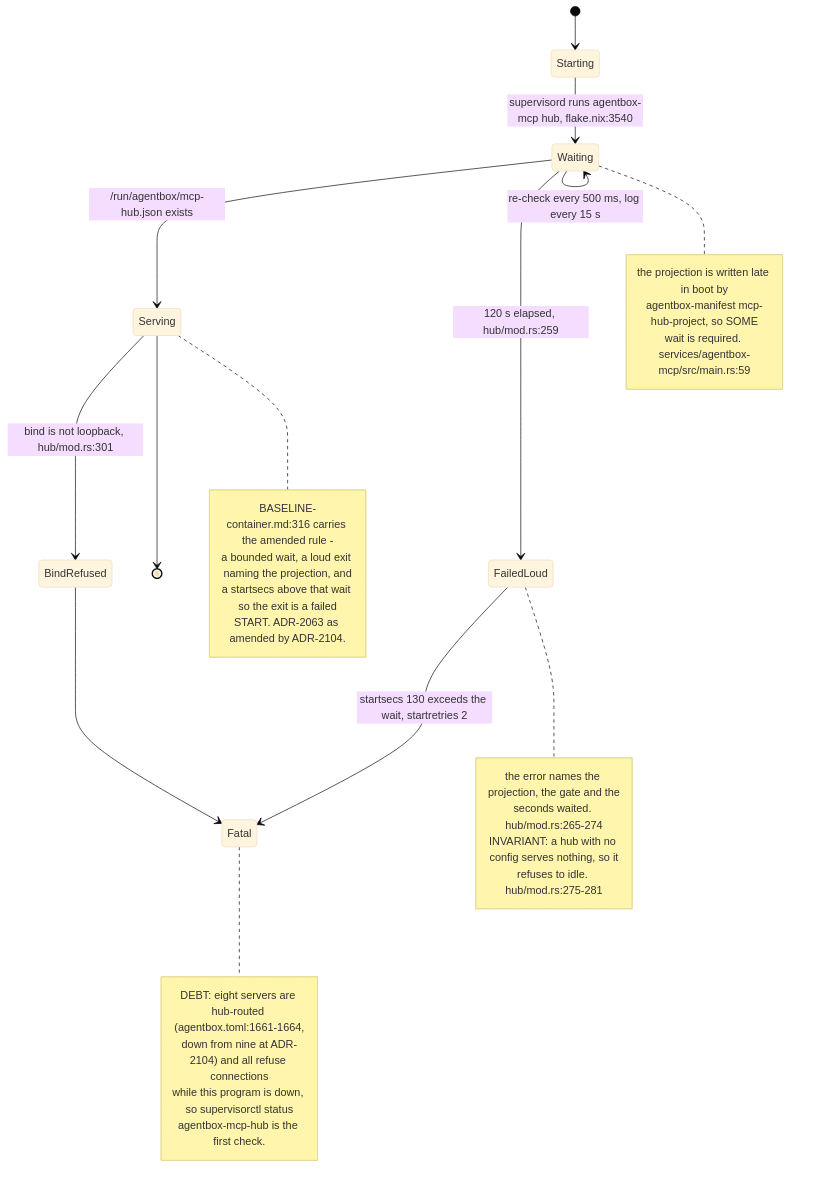
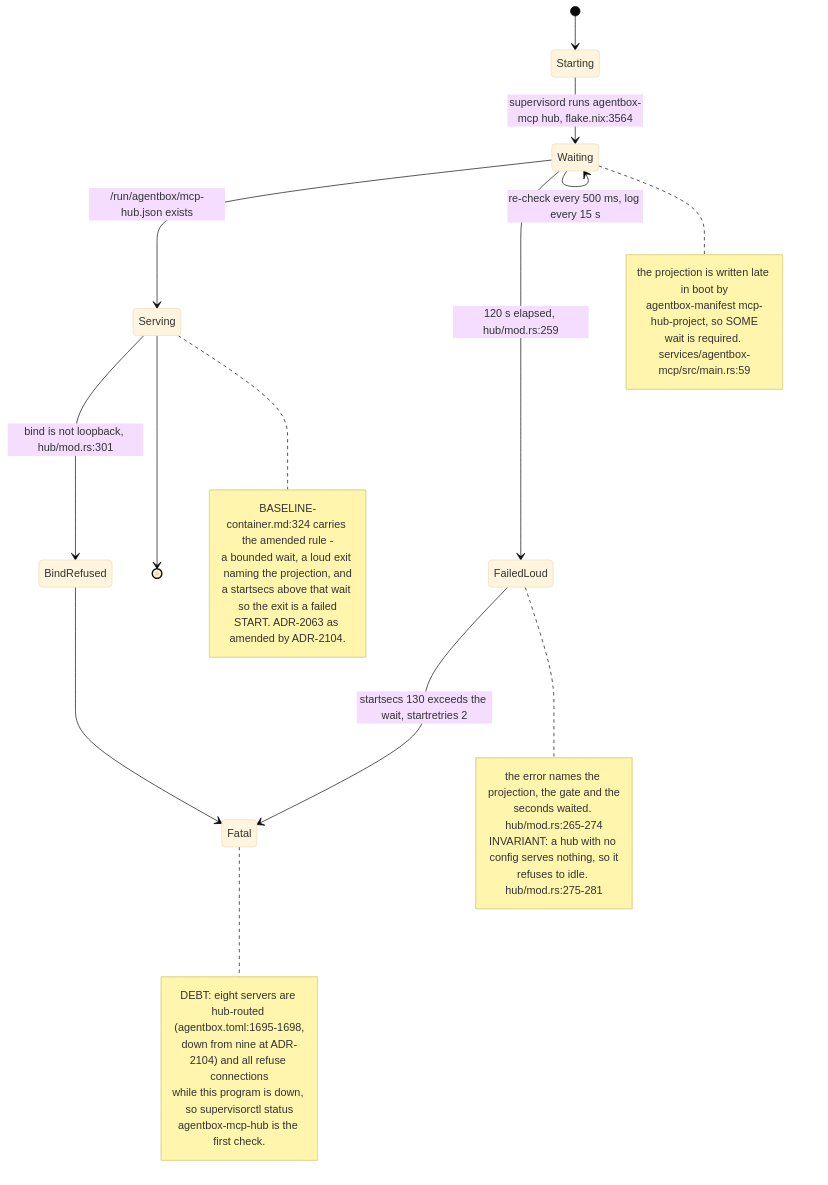
One commit to DreamLab-AI/VisionFlow changed the seventh of 7 diagrams in docs/diagrams/agentbox/09-mcp-servers-catalogue.md. Above: the diagram before and after it, drawn with Mermaid (base theme). The commit also changed other lines of this file and 7 other files, not shown here.

First line of the commit message:
diagrams(agentbox): re-verify AB-09..AB-16 at agentbox 59b1aca, re-stamp

````diff
--- a/docs/diagrams/agentbox/09-mcp-servers-catalogue.md
+++ b/docs/diagrams/agentbox/09-mcp-servers-catalogue.md
@@ -224,35 +224,35 @@
 ```mermaid
 stateDiagram-v2
     [*] --> Starting
-    Starting --> Waiting : supervisord runs agentbox-mcp hub, flake.nix:3540
+    Starting --> Waiting : supervisord runs agentbox-mcp hub, flake.nix:3564
     Waiting --> Serving : /run/agentbox/mcp-hub.json exists
     Waiting --> Waiting : re-check every 500 ms, log every 15 s
     Waiting --> FailedLoud : 120 s elapsed, hub/mod.rs:259
     Serving --> BindRefused : bind is not loopback, hub/mod.rs:301
     FailedLoud --> Fatal : startsecs 130 exceeds the wait, startretries 2
     BindRefused --> Fatal
     Serving --> [*]
     note right of Waiting
         the projection is written late in boot by
         agentbox-manifest mcp-hub-project, so SOME
         wait is required. services/agentbox-mcp/src/main.rs:59
     end note
     note right of FailedLoud
         the error names the projection, the gate and the
         seconds waited. hub/mod.rs:265-274
         INVARIANT: a hub with no config serves nothing, so it
         refuses to idle. hub/mod.rs:275-281
     end note
     note right of Serving
-        BASELINE-container.md:316 carries the amended rule -
+        BASELINE-container.md:324 carries the amended rule -
         a bounded wait, a loud exit naming the projection, and
         a startsecs above that wait so the exit is a failed
         START. ADR-2063 as amended by ADR-2104.
     end note
     note right of Fatal
-        DEBT: eight servers are hub-routed (agentbox.toml:1661-1664,
+        DEBT: eight servers are hub-routed (agentbox.toml:1695-1698,
         down from nine at ADR-2104) and all refuse connections
         while this program is down, so supervisorctl status
         agentbox-mcp-hub is the first check.
     end note
 ```
````
